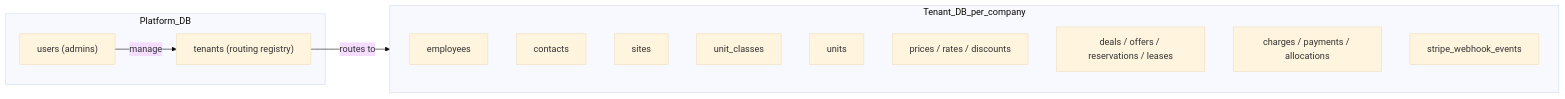
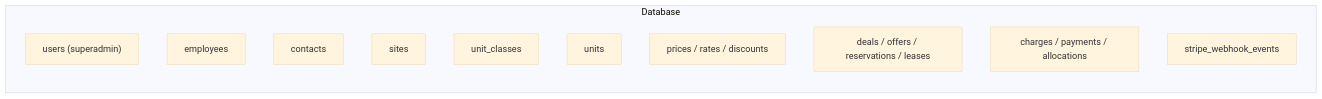
One commit to MohammadShabaniSBU/unit-hq-api changed the first of 13 diagrams in docs/erd.md. Above: the diagram before and after it, drawn with Mermaid (base theme). The commit also changed other lines of this file and 102 other files, not shown here.

````diff
--- a/docs/erd.md
+++ b/docs/erd.md
@@ -11,22 +11,15 @@
 ```mermaid
 flowchart LR
-    subgraph platform_db [Platform_DB]
-        users["users (admins)"]
-        tenants["tenants (routing registry)"]
-    end
-
-    subgraph tenant_db [Tenant_DB_per_company]
+    subgraph db [Database]
+        users["users (superadmin)"]
         employees
         contacts
         sites
         unit_classes
         units
         pricing["prices / rates / discounts"]
         crm["deals / offers / reservations / leases"]
         ledger["charges / payments / allocations"]
         stripe_events["stripe_webhook_events"]
     end
-
-    users -->|"manage"| tenants
-    tenants -->|"routes to"| tenant_db
 ```
````
